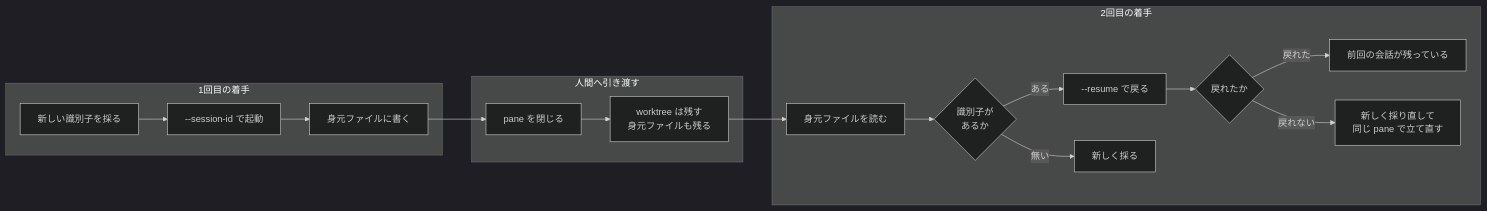
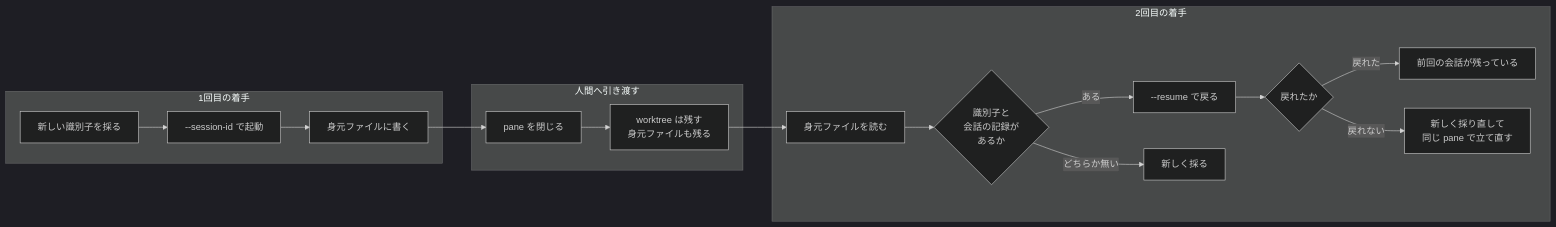
The third of 6 diagrams in docs/agent_life_cycle.md (maimuzo/continuo), drawn with Mermaid (dark theme) before and after one commit. The commit also changed 7 other files, not shown here.

````diff
--- a/docs/agent_life_cycle.md
+++ b/docs/agent_life_cycle.md
@@ -159,20 +159,20 @@
 ```mermaid
 flowchart LR
     subgraph one ["1回目の着手"]
         A1["新しい識別子を採る"] --> A2["--session-id で起動"]
         A2 --> A3["身元ファイルに書く"]
     end
     subgraph two ["人間へ引き渡す"]
         B1["pane を閉じる"] --> B2["worktree は残す<br/>身元ファイルも残る"]
     end
     subgraph three ["2回目の着手"]
-        C1["身元ファイルを読む"] --> C2{"識別子が<br/>あるか"}
+        C1["身元ファイルを読む"] --> C2{"識別子と<br/>会話の記録が<br/>あるか"}
         C2 -->|ある| C3["--resume で戻る"]
-        C2 -->|無い| C4["新しく採る"]
+        C2 -->|どちらか無い| C4["新しく採る"]
         C3 --> C5{"戻れたか"}
         C5 -->|戻れた| C6["前回の会話が残っている"]
         C5 -->|戻れない| C7["新しく採り直して<br/>同じ pane で立て直す"]
     end
     A3 --> B1
     B2 --> C1
 ```
````
